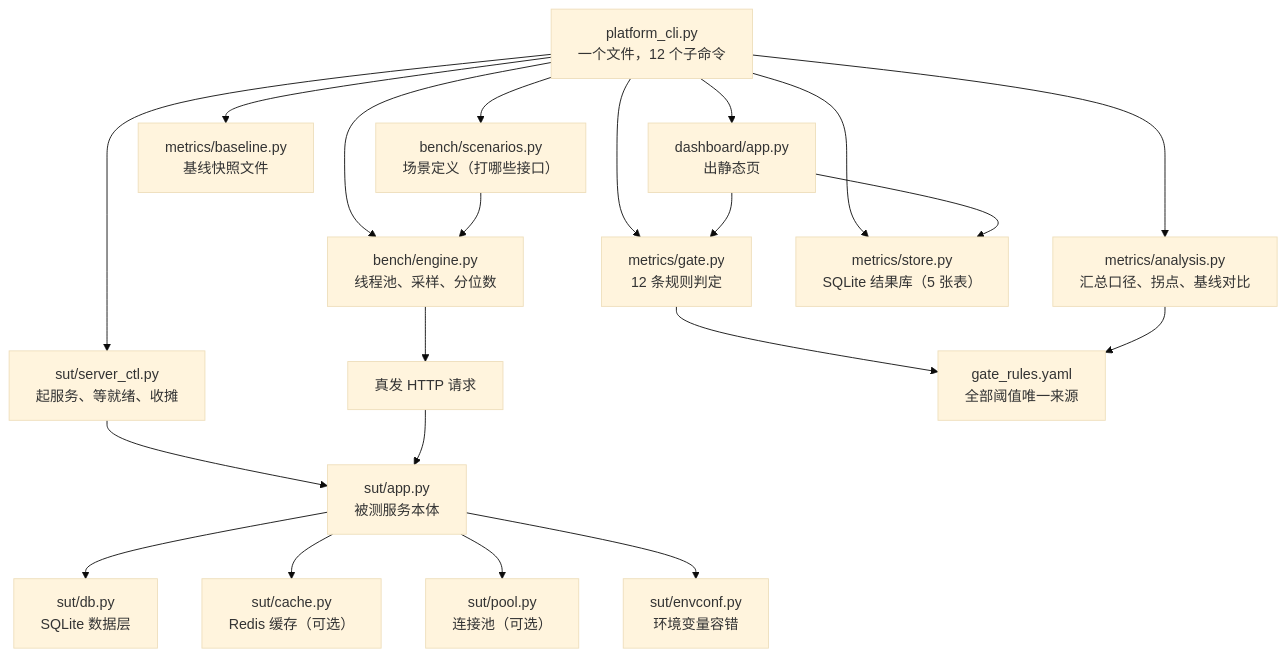
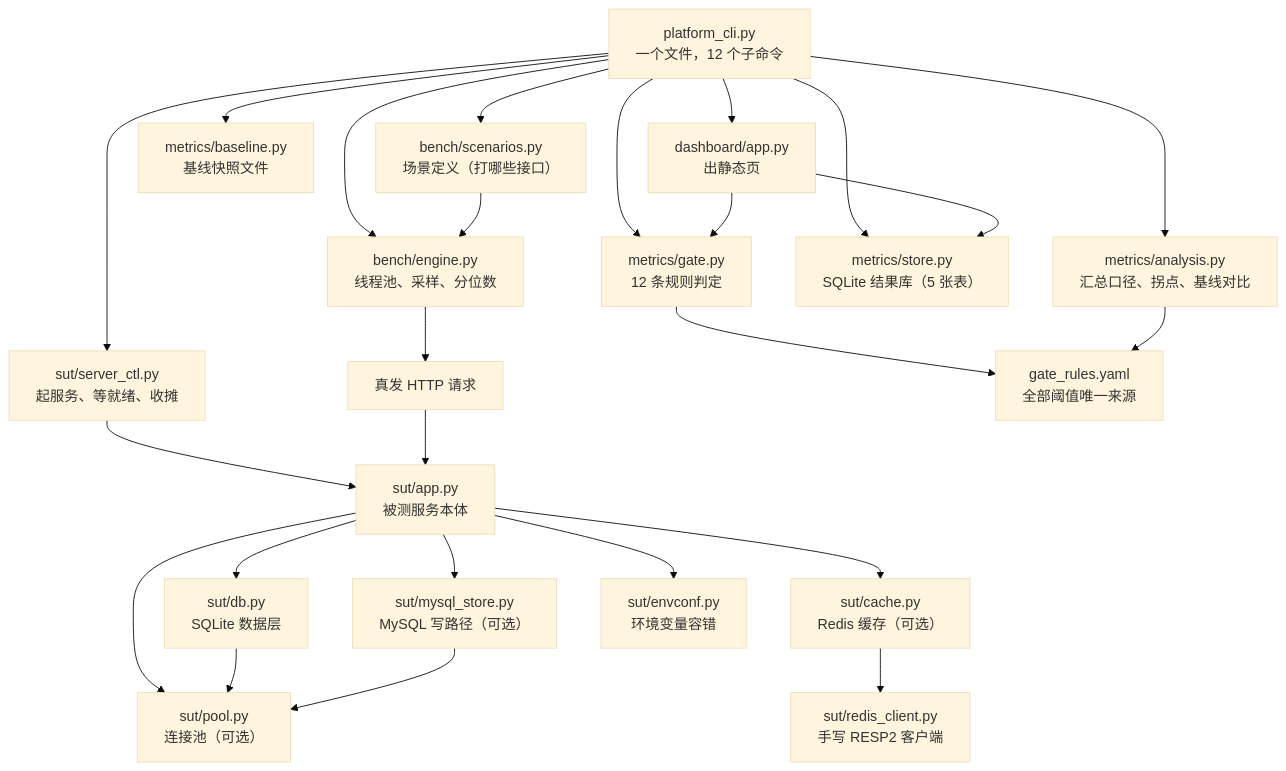
One commit to lefan17/perf-baseline-quality-gate changed the diagram in docs/初学者完全入门.md. Above: the diagram before and after it, drawn with Mermaid (base theme). The commit also changed other lines of this file and 5 other files, not shown here.

````diff
--- a/docs/初学者完全入门.md
+++ b/docs/初学者完全入门.md
@@ -132,23 +137,27 @@
 ```mermaid
 flowchart TD
     CLI["platform_cli.py<br/>一个文件，12 个子命令"] --> SUTCTL["sut/server_ctl.py<br/>起服务、等就绪、收摊"]
     CLI --> BENCH["bench/scenarios.py<br/>场景定义（打哪些接口）"]
     CLI --> ENG["bench/engine.py<br/>线程池、采样、分位数"]
     CLI --> ANA["metrics/analysis.py<br/>汇总口径、拐点、基线对比"]
     CLI --> GATE["metrics/gate.py<br/>12 条规则判定"]
     CLI --> STORE["metrics/store.py<br/>SQLite 结果库（5 张表）"]
     CLI --> BASE["metrics/baseline.py<br/>基线快照文件"]
     CLI --> DASH["dashboard/app.py<br/>出静态页"]
     SUTCTL --> APP["sut/app.py<br/>被测服务本体"]
     APP --> DBL["sut/db.py<br/>SQLite 数据层"]
     APP --> CACHE["sut/cache.py<br/>Redis 缓存（可选）"]
     APP --> POOL["sut/pool.py<br/>连接池（可选）"]
+    APP --> MYS["sut/mysql_store.py<br/>MySQL 写路径（可选）"]
     APP --> ENVC["sut/envconf.py<br/>环境变量容错"]
+    DBL --> POOL
+    MYS --> POOL
+    CACHE --> RC["sut/redis_client.py<br/>手写 RESP2 客户端"]
     BENCH --> ENG
     ENG --> HTTP["真发 HTTP 请求"]
     HTTP --> APP
     GATE --> RULES["gate_rules.yaml<br/>全部阈值唯一来源"]
     ANA --> RULES
     DASH --> GATE
     DASH --> STORE
 ```
````
